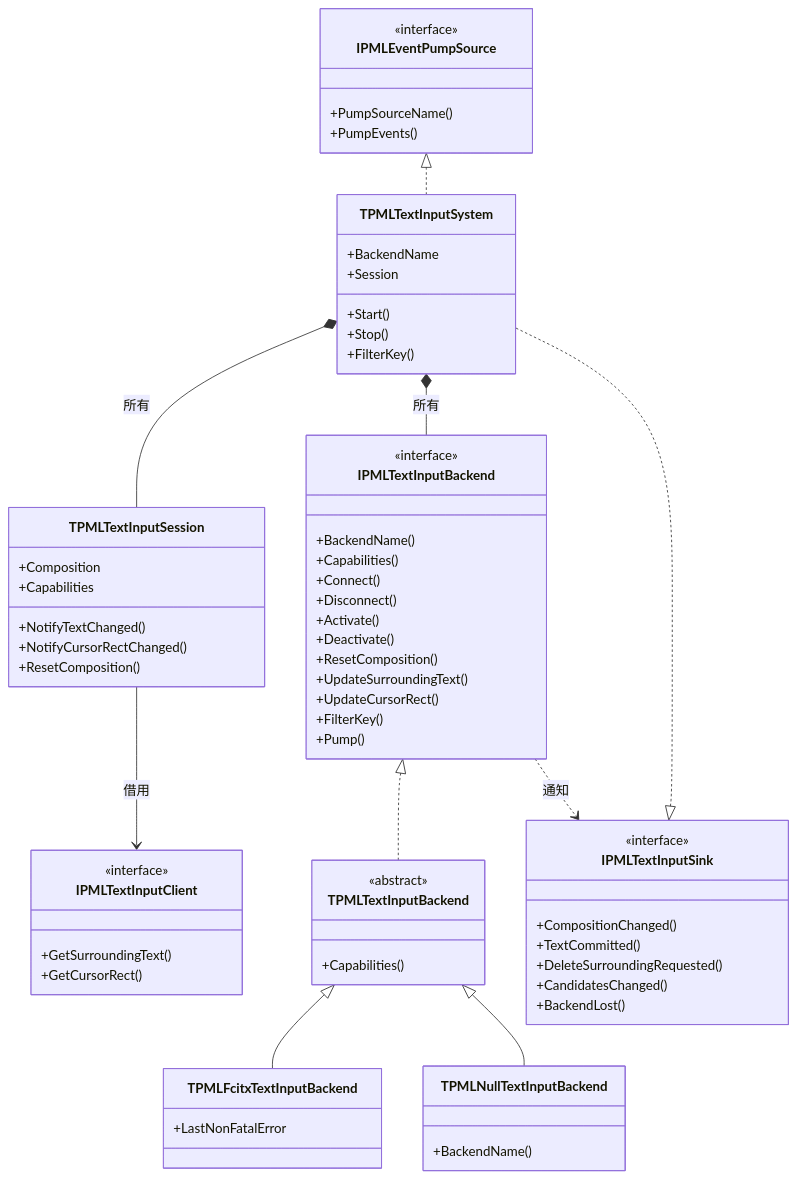
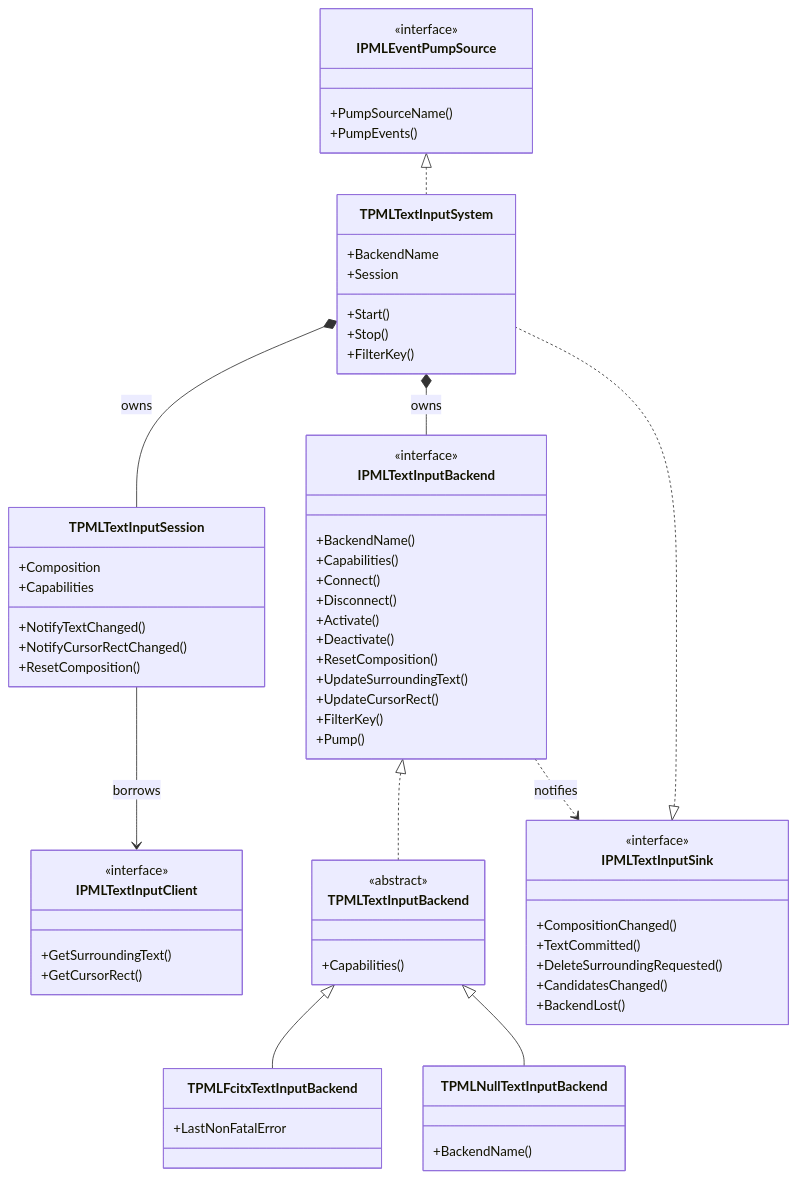
The second of 2 diagrams in docs/diagrams/backend-abstraction.md (tankoha/papimela), drawn with Mermaid before and after one commit. The commit also changed other lines of this file and 16 other files, not shown here.

First line of the commit message:
クラス図を5枚に拡充し、英語版を正・日本語版を _jp に分けた

````diff
--- a/docs/diagrams/backend-abstraction.md
+++ b/docs/diagrams/backend-abstraction.md
@@ -158,71 +157,71 @@
 ```mermaid
 classDiagram
     class TPMLTextInputSystem {
         +Start()
         +Stop()
         +FilterKey()
         +BackendName
         +Session
     }
     class TPMLTextInputSession {
         +NotifyTextChanged()
         +NotifyCursorRectChanged()
         +ResetComposition()
         +Composition
         +Capabilities
     }
     class IPMLTextInputClient {
         <<interface>>
         +GetSurroundingText()
         +GetCursorRect()
     }
     class IPMLTextInputSink {
         <<interface>>
         +CompositionChanged()
         +TextCommitted()
         +DeleteSurroundingRequested()
         +CandidatesChanged()
         +BackendLost()
     }
     class IPMLTextInputBackend {
         <<interface>>
         +BackendName()
         +Capabilities()
         +Connect()
         +Disconnect()
         +Activate()
         +Deactivate()
         +ResetComposition()
         +UpdateSurroundingText()
         +UpdateCursorRect()
         +FilterKey()
         +Pump()
     }
     class TPMLTextInputBackend {
         <<abstract>>
         +Capabilities()
     }
     class TPMLFcitxTextInputBackend {
         +LastNonFatalError
     }
     class TPMLNullTextInputBackend {
         +BackendName()
     }
     class IPMLEventPumpSource {
         <<interface>>
         +PumpSourceName()
         +PumpEvents()
     }
 
     IPMLTextInputBackend <|.. TPMLTextInputBackend
     TPMLTextInputBackend <|-- TPMLFcitxTextInputBackend
     TPMLTextInputBackend <|-- TPMLNullTextInputBackend
 
     IPMLTextInputSink <|.. TPMLTextInputSystem
     IPMLEventPumpSource <|.. TPMLTextInputSystem
 
-    TPMLTextInputSystem *-- TPMLTextInputSession : 所有
-    TPMLTextInputSystem *-- IPMLTextInputBackend : 所有
-    TPMLTextInputSession --> IPMLTextInputClient : 借用
-    IPMLTextInputBackend ..> IPMLTextInputSink : 通知
+    TPMLTextInputSystem *-- TPMLTextInputSession : owns
+    TPMLTextInputSystem *-- IPMLTextInputBackend : owns
+    TPMLTextInputSession --> IPMLTextInputClient : borrows
+    IPMLTextInputBackend ..> IPMLTextInputSink : notifies
 ```
````
